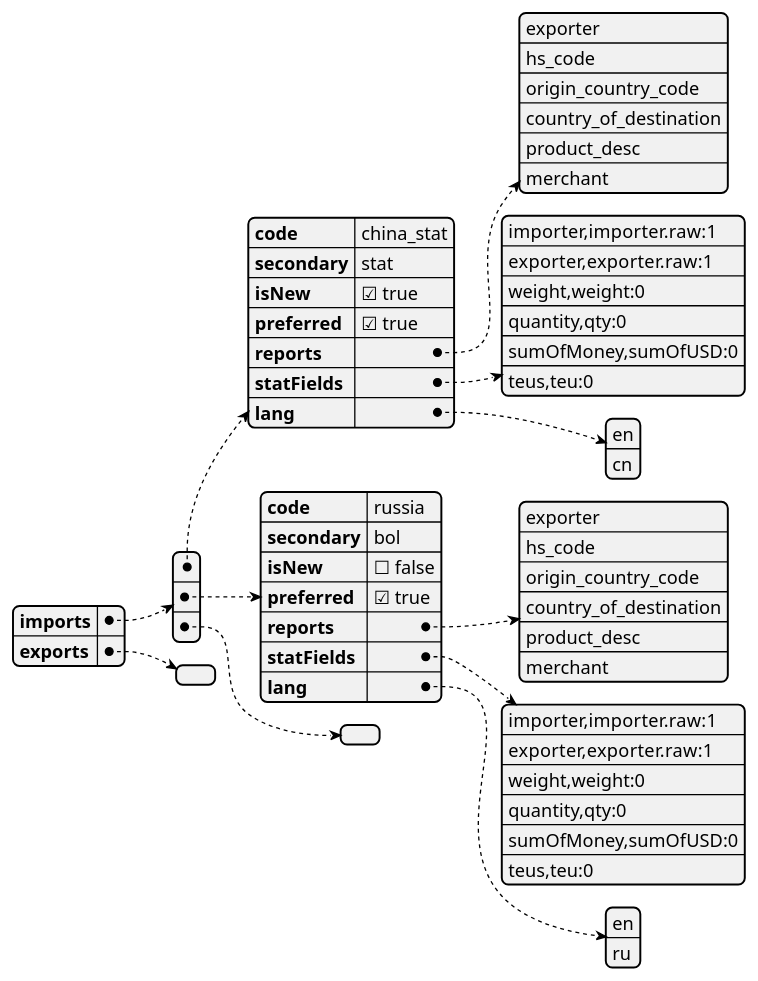
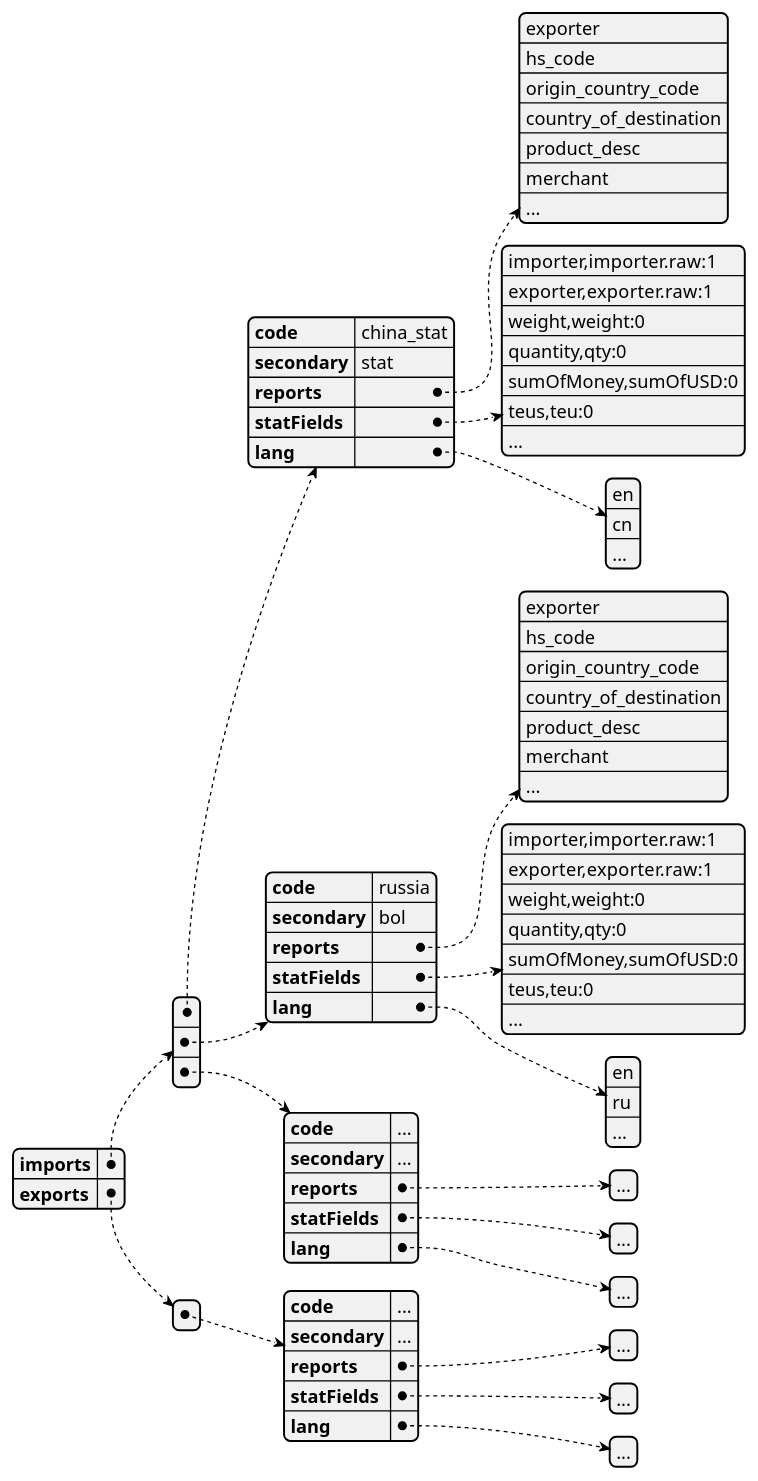
One commit to lwpk110/tendata-assets changed the diagram in plantuml/tradec/ds_config.puml. Above: the diagram before and after it, drawn with PlantUML.

Commit message:
feat: update cms datasource config

```diff
--- a/plantuml/tradec/ds_config.puml
+++ b/plantuml/tradec/ds_config.puml
@@ -1,63 +1,76 @@
 @startjson
 #highlight "catagorey"
 ' #highlight "address" / "city"
 ' #highlight "phoneNumbers" / "0" / "number"
 {
-    "imports": [
-        {
-            "code": "china_stat",
-            "secondary": "stat",
-            "isNew": true,
-            "preferred": true,
-            "reports": [
-                "exporter",
-                "hs_code",
-                "origin_country_code",
-                "country_of_destination",
-                "product_desc",
-                "merchant"
-            ],
-            "statFields": [
-                "importer,importer.raw:1",
-                "exporter,exporter.raw:1",
-                "weight,weight:0",
-                "quantity,qty:0",
-                "sumOfMoney,sumOfUSD:0",
-                "teus,teu:0"
-            ],
-            "lang": [
-                "en",
-                "cn"
-            ]
-        },
-        {
-            "code": "russia",
-            "secondary": "bol",
-            "isNew": false,
-            "preferred": true,
-            "reports": [
-                "exporter",
-                "hs_code",
-                "origin_country_code",
-                "country_of_destination",
-                "product_desc",
-                "merchant"
-            ],
-            "statFields": [
-                "importer,importer.raw:1",
-                "exporter,exporter.raw:1",
-                "weight,weight:0",
-                "quantity,qty:0",
-                "sumOfMoney,sumOfUSD:0",
-                "teus,teu:0"
-            ],
-            "lang": [
-                "en",
-                "ru"
-            ]
-        },
-        {}
-    ],
- "exports":[]
+	"imports": [{
+			"code": "china_stat",
+			"secondary": "stat",
+			"reports": [
+				"exporter",
+				"hs_code",
+				"origin_country_code",
+				"country_of_destination",
+				"product_desc",
+				"merchant",
+				"..."
+			],
+			"statFields": [
+				"importer,importer.raw:1",
+				"exporter,exporter.raw:1",
+				"weight,weight:0",
+				"quantity,qty:0",
+				"sumOfMoney,sumOfUSD:0",
+				"teus,teu:0",
+				"..."
+			],
+			"lang": [
+				"en",
+				"cn",
+				"..."
+			]
+		},
+		{
+			"code": "russia",
+			"secondary": "bol",
+			"reports": [
+				"exporter",
+				"hs_code",
+				"origin_country_code",
+				"country_of_destination",
+				"product_desc",
+				"merchant",
+				"..."
+			],
+			"statFields": [
+				"importer,importer.raw:1",
+				"exporter,exporter.raw:1",
+				"weight,weight:0",
+				"quantity,qty:0",
+				"sumOfMoney,sumOfUSD:0",
+				"teus,teu:0",
+				"..."
+			],
+			"lang": [
+				"en",
+				"ru",
+				"..."
+			]
+		},
+		{
+			"code": "...",
+			"secondary": "...",
+			"reports": ["..."],
+			"statFields": ["..."],
+			"lang": ["..."]
+		}
+	],
+	"exports": [{
+		"code": "...",
+		"secondary": "...",
+		"reports": ["..."],
+		"statFields": ["..."],
+		"lang": ["..."]
+	}]
 }
 @endjson
```
